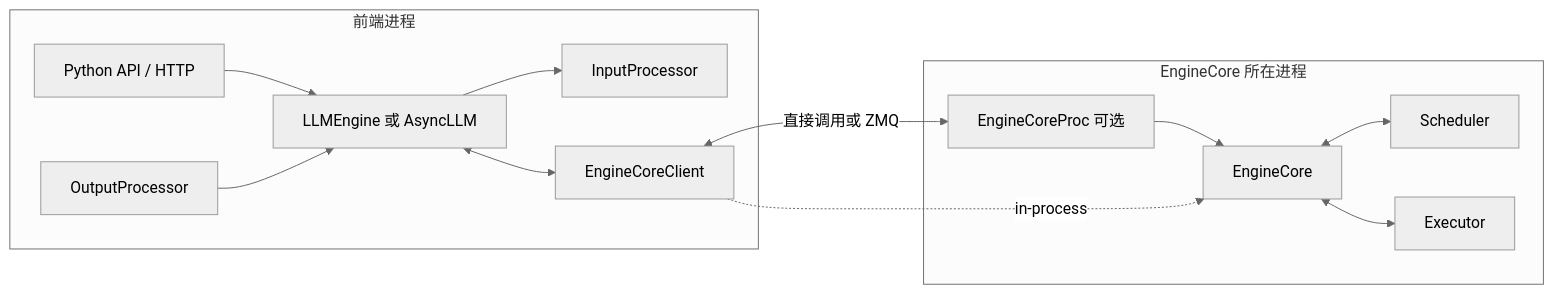
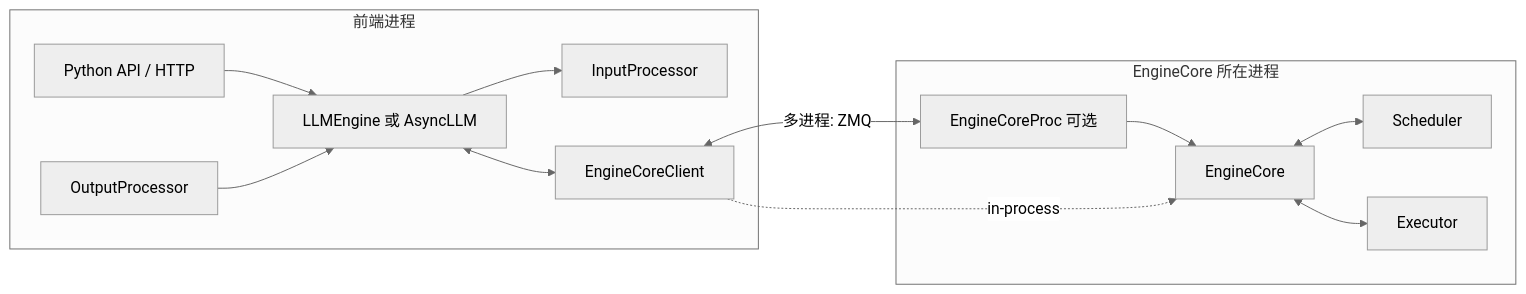
The first of 19 diagrams in book/03-engine-core/README.md (cluster1900/vllm_reader), drawn with Mermaid (neutral theme) before and after one commit. The commit also changed other lines of this file and 38 other files, not shown here.

````diff
--- a/book/03-engine-core/README.md
+++ b/book/03-engine-core/README.md
@@ -85,25 +93,25 @@
 ```mermaid
 flowchart LR
     subgraph Frontend[前端进程]
         API[Python API / HTTP]
         FE[LLMEngine 或 AsyncLLM]
         IP[InputProcessor]
         OP[OutputProcessor]
         CL[EngineCoreClient]
         API --> FE
         FE --> IP
         OP --> FE
         FE <--> CL
     end
     subgraph CoreSide[EngineCore 所在进程]
         PROC[EngineCoreProc 可选]
         CORE[EngineCore]
         SCH[Scheduler]
         EX[Executor]
         PROC --> CORE
         CORE <--> SCH
         CORE <--> EX
     end
-    CL <-->|直接调用或 ZMQ| PROC
+    CL <-->|多进程: ZMQ| PROC
     CL -. in-process .-> CORE
 ```
````
